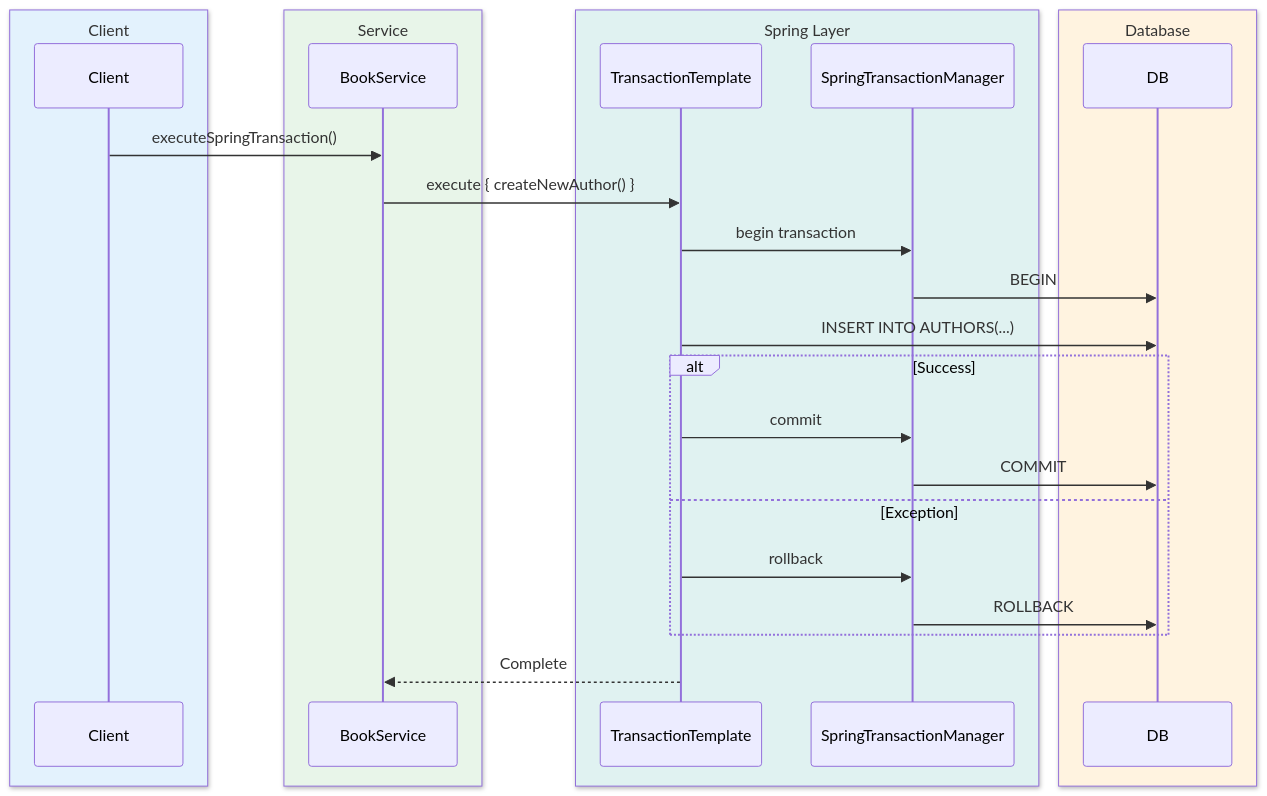
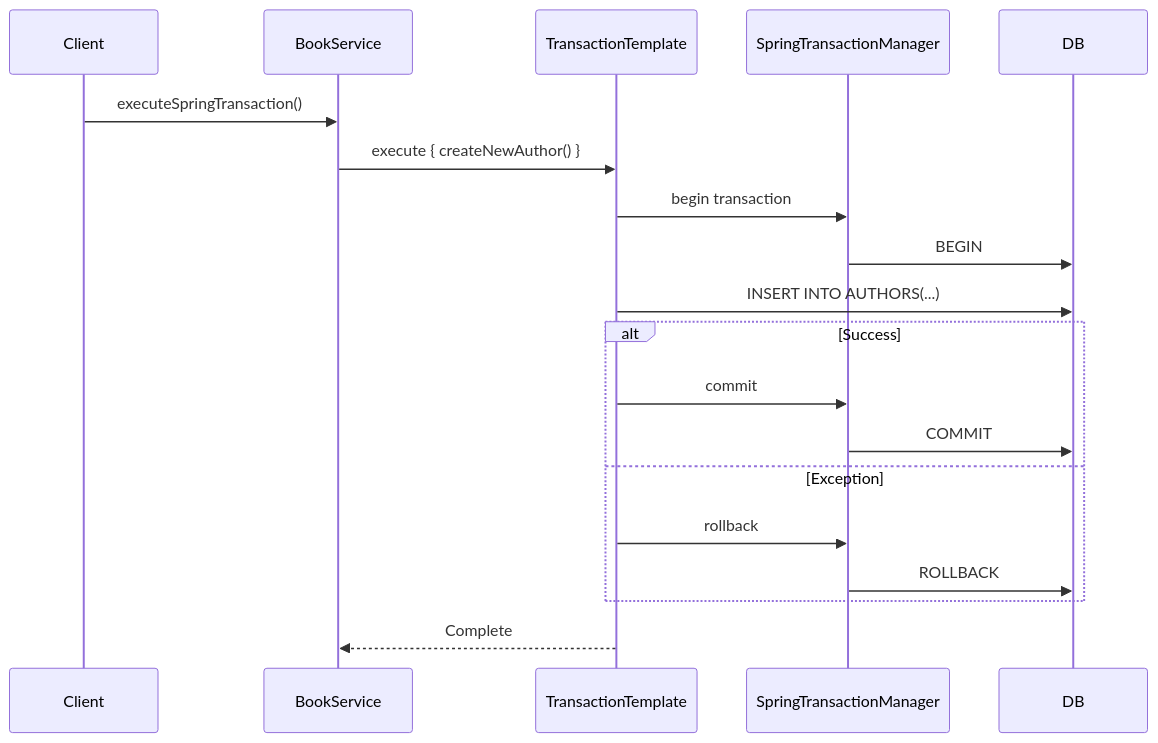
Before and after one commit to bluetape4k/exposed-workshop: the second of 2 diagrams in 09-spring/02-transactiontemplate/README.md, drawn with Mermaid. The commit also changed 42 other files, not shown here.

First line of the commit message:
docs: sequence diagram에서 box rgb() 제거 (option 1 - GitHub dark mode 기본 렌더링 사용)

````diff
--- a/09-spring/02-transactiontemplate/README.md
+++ b/09-spring/02-transactiontemplate/README.md
@@ -125,31 +125,23 @@
 ```mermaid
 %%{init: {"theme": "neutral", "themeVariables": {"fontFamily": "'Comic Mono', 'goorm sans code', 'JetBrains Mono', 'goorm sans'"}}}%%
 sequenceDiagram
-    box rgb(227, 242, 253) Client
-        participant Client
-    end
-    box rgb(232, 245, 233) Service
-        participant BookService
-    end
-    box rgb(224, 242, 241) Spring Layer
-        participant TxTemplate as TransactionTemplate
-        participant STM as SpringTransactionManager
-    end
-    box rgb(255, 243, 224) Database
-        participant DB
-    end
+    participant Client
+    participant BookService
+    participant TxTemplate as TransactionTemplate
+    participant STM as SpringTransactionManager
+    participant DB
 
     Client->>BookService: executeSpringTransaction()
     BookService->>TxTemplate: execute { createNewAuthor() }
     TxTemplate->>STM: begin transaction
     STM->>DB: BEGIN
     TxTemplate->>DB: INSERT INTO AUTHORS(...)
     alt Success
         TxTemplate->>STM: commit
         STM->>DB: COMMIT
     else Exception
         TxTemplate->>STM: rollback
         STM->>DB: ROLLBACK
     end
     TxTemplate-->>BookService: Complete
 ```
````
